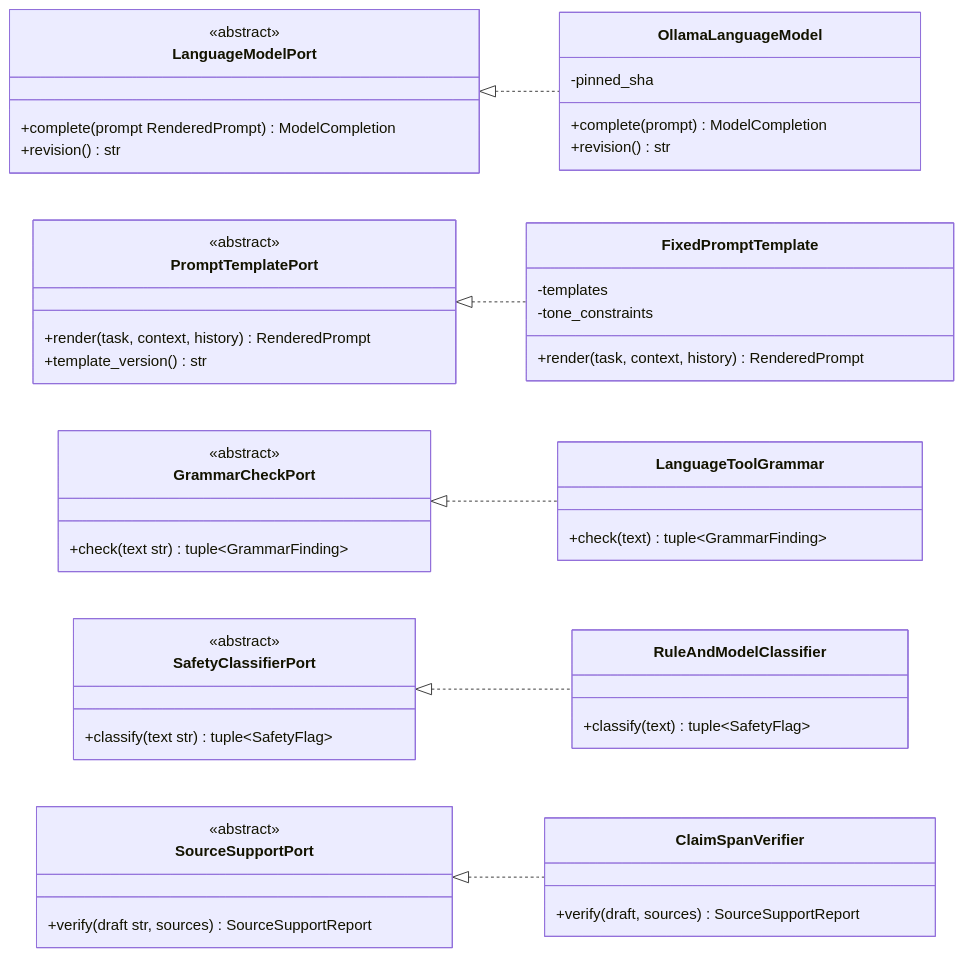
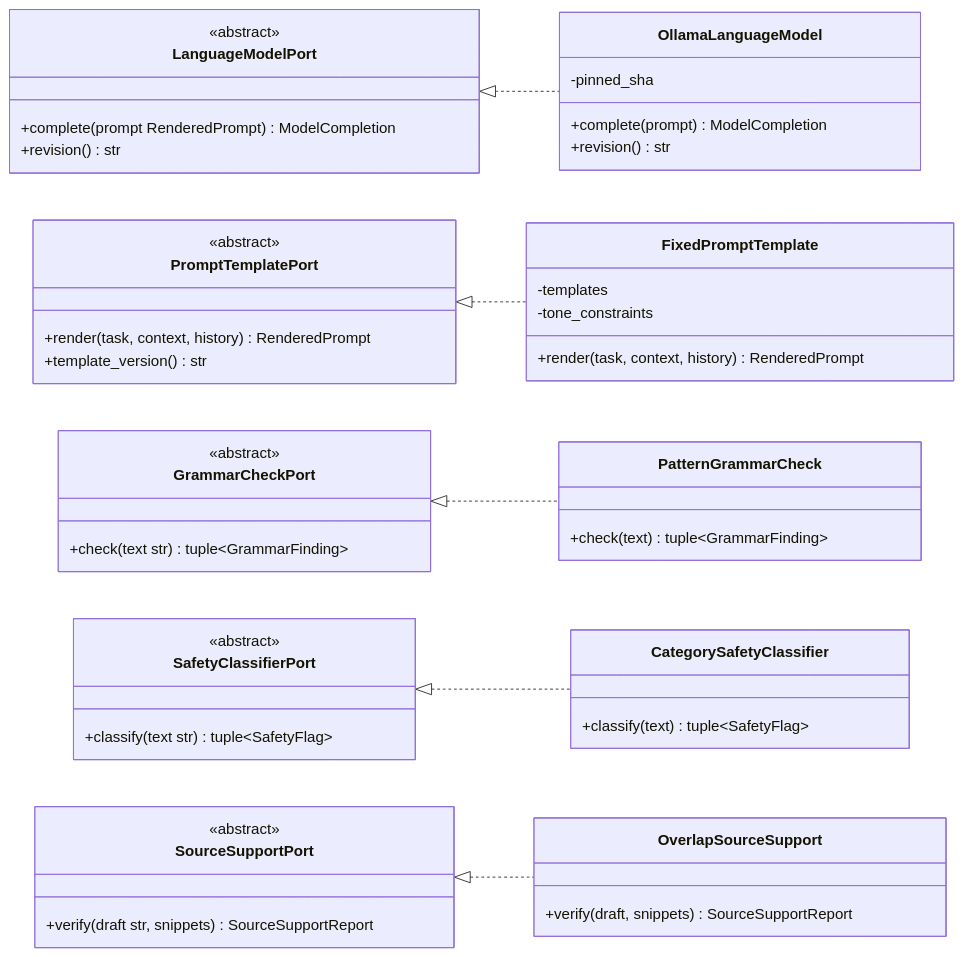
The fourth of 11 diagrams in docs/architecture/ARCHITECTURE.md (basiliofarach/two-agent-orchestration-language-learning), drawn with Mermaid before and after one commit. The commit also changed other lines of this file and 93 other files, not shown here.

````diff
--- a/docs/architecture/ARCHITECTURE.md
+++ b/docs/architecture/ARCHITECTURE.md
@@ -252,53 +259,53 @@
 ```mermaid
 classDiagram
     direction LR
 
     class LanguageModelPort {
         <<abstract>>
         +complete(prompt RenderedPrompt) ModelCompletion
         +revision() str
     }
     class PromptTemplatePort {
         <<abstract>>
         +render(task, context, history) RenderedPrompt
         +template_version() str
     }
     class GrammarCheckPort {
         <<abstract>>
         +check(text str) tuple~GrammarFinding~
     }
     class SafetyClassifierPort {
         <<abstract>>
         +classify(text str) tuple~SafetyFlag~
     }
     class SourceSupportPort {
         <<abstract>>
-        +verify(draft str, sources) SourceSupportReport
+        +verify(draft str, snippets) SourceSupportReport
     }
 
     class OllamaLanguageModel {
         -pinned_sha
         +complete(prompt) ModelCompletion
         +revision() str
     }
     class FixedPromptTemplate {
         -templates
         -tone_constraints
         +render(task, context, history) RenderedPrompt
     }
-    class LanguageToolGrammar {
+    class PatternGrammarCheck {
         +check(text) tuple~GrammarFinding~
     }
-    class RuleAndModelClassifier {
+    class CategorySafetyClassifier {
         +classify(text) tuple~SafetyFlag~
     }
-    class ClaimSpanVerifier {
-        +verify(draft, sources) SourceSupportReport
+    class OverlapSourceSupport {
+        +verify(draft, snippets) SourceSupportReport
     }
 
     LanguageModelPort <|.. OllamaLanguageModel
     PromptTemplatePort <|.. FixedPromptTemplate
-    GrammarCheckPort <|.. LanguageToolGrammar
-    SafetyClassifierPort <|.. RuleAndModelClassifier
-    SourceSupportPort <|.. ClaimSpanVerifier
+    GrammarCheckPort <|.. PatternGrammarCheck
+    SafetyClassifierPort <|.. CategorySafetyClassifier
+    SourceSupportPort <|.. OverlapSourceSupport
 ```
````
